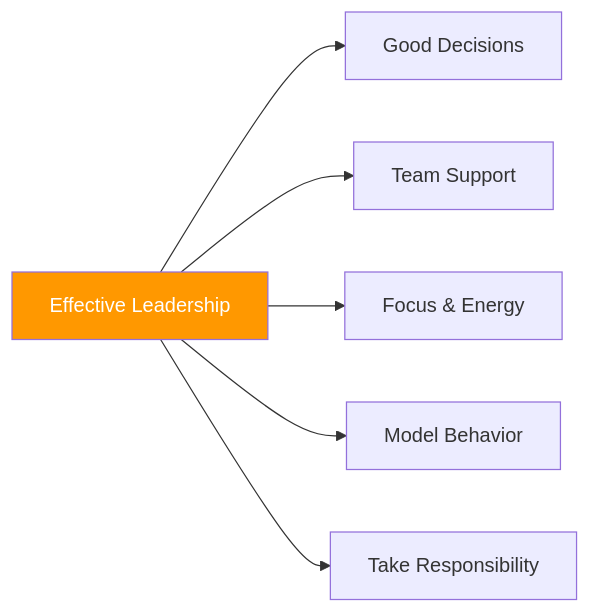
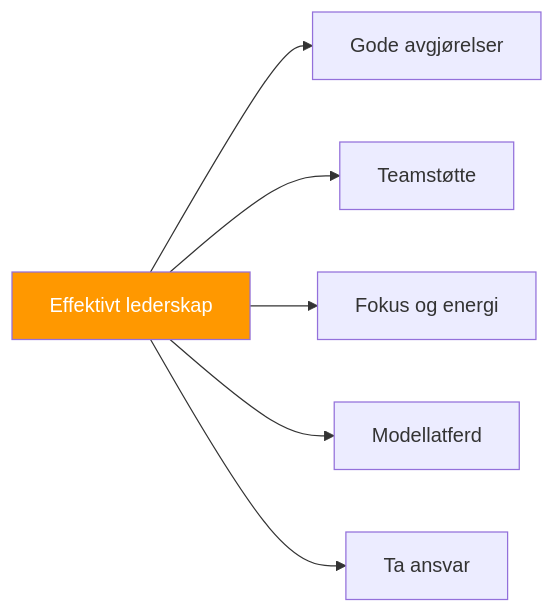
Before and after one commit to patwii/petanque-academy: the diagram in docs/no/articles/team-leadership.md, drawn with Mermaid. The commit also changed other lines of this file and 550 other files, not shown here.

````diff
--- a/docs/no/articles/team-leadership.md
+++ b/docs/no/articles/team-leadership.md
@@ -20,10 +20,10 @@
 ```mermaid
 flowchart LR
-    A[Effective Leadership] --> B[Good Decisions]
-    A --> C[Team Support]
-    A --> D[Focus & Energy]
-    A --> E[Model Behavior]
-    A --> F[Take Responsibility]
+    A[Effektivt lederskap] --> B[Gode avgjørelser]
+    A --> C[Teamstøtte]
+    A --> D[Fokus og energi]
+    A --> E[Modellatferd]
+    A --> F[Ta ansvar]
 
     style A fill:#FF9800,color:#fff
 ```
````
